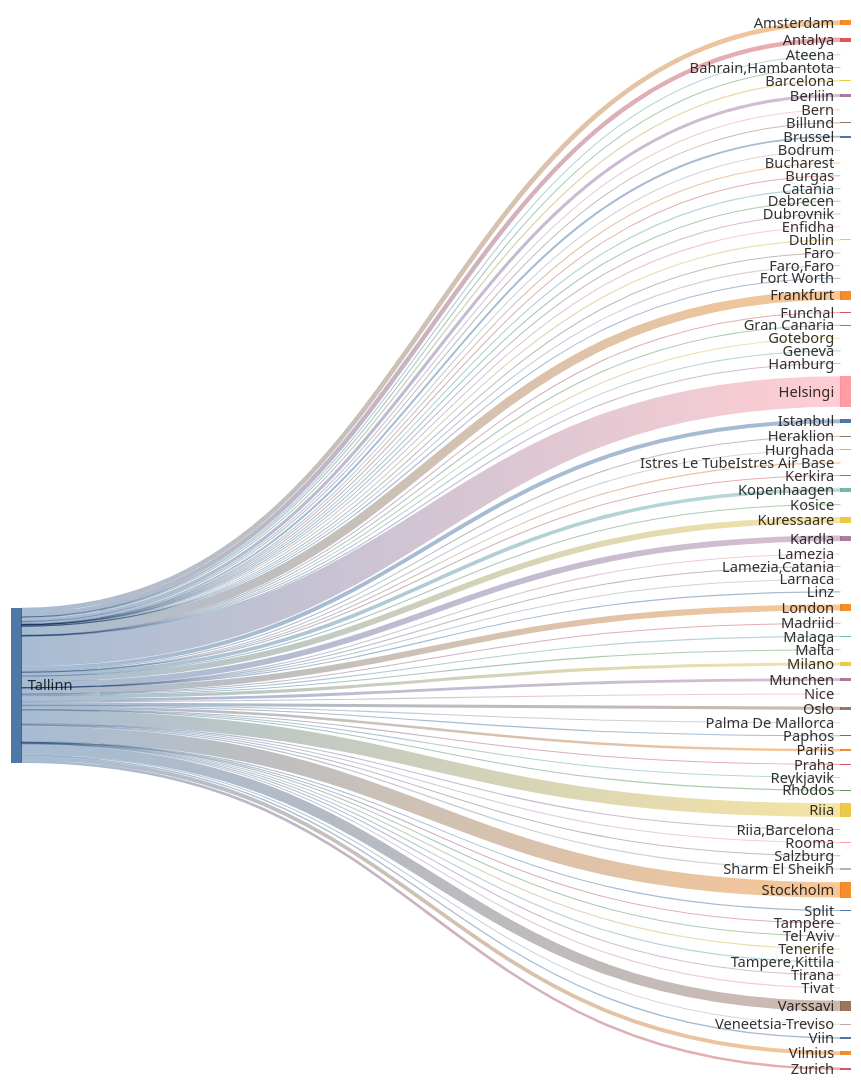
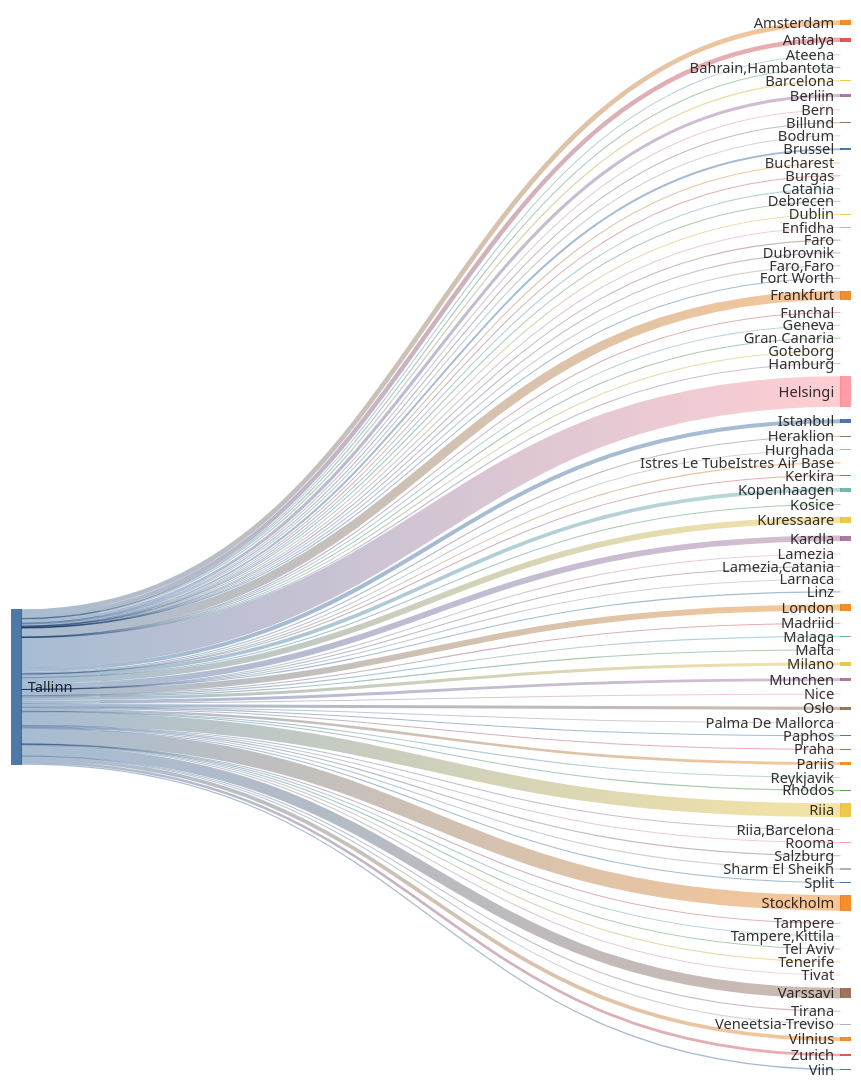
One commit to rainermesi/tll-airport-departures changed the second of 2 diagrams in README.md. Above: the diagram before and after it, drawn with Mermaid. The commit also changed other lines of this file and 1 other file, not shown here.

````diff
--- a/README.md
+++ b/README.md
@@ -41,8 +41,8 @@
 ---
 sankey-beta
 %% source,target,value
-Tallinn,Amsterdam,391
-Tallinn,Antalya,373
+Tallinn,Amsterdam,393
+Tallinn,Antalya,374
 Tallinn,Ateena,16
 Tallinn,"Bahrain,Hambantota",1
 Tallinn,Barcelona,109
@@ -55,64 +55,64 @@
 Tallinn,Burgas,39
 Tallinn,Catania,2
 Tallinn,Debrecen,1
-Tallinn,Dublin,81
+Tallinn,Dublin,82
 Tallinn,Dubrovnik,21
 Tallinn,Enfidha,7
 Tallinn,Faro,4
 Tallinn,"Faro,Faro",1
 Tallinn,Fort Worth,1
-Tallinn,Frankfurt,744
+Tallinn,Frankfurt,747
 Tallinn,Funchal,5
 Tallinn,Geneva,13
 Tallinn,Gran Canaria,38
 Tallinn,Goteborg,1
 Tallinn,Hamburg,2
-Tallinn,Helsingi,2521
+Tallinn,Helsingi,2531
 Tallinn,Heraklion,74
 Tallinn,Hurghada,75
-Tallinn,Istanbul,333
+Tallinn,Istanbul,334
 Tallinn,Istres Le TubeIstres Air Base,2
 Tallinn,Kerkira,4
-Tallinn,Kopenhaagen,308
+Tallinn,Kopenhaagen,310
 Tallinn,Kosice,1
-Tallinn,Kuressaare,483
-Tallinn,Kardla,483
+Tallinn,Kuressaare,485
+Tallinn,Kardla,485
 Tallinn,Lamezia,1
 Tallinn,"Lamezia,Catania",3
 Tallinn,Larnaca,4
 Tallinn,Linz,2
-Tallinn,London,505
+Tallinn,London,507
 Tallinn,Madriid,1
-Tallinn,Malaga,99
+Tallinn,Malaga,100
 Tallinn,Malta,22
 Tallinn,Milano,259
-Tallinn,Munchen,242
+Tallinn,Munchen,243
 Tallinn,Nice,39
-Tallinn,Oslo,260
+Tallinn,Oslo,261
 Tallinn,Palma De Mallorca,26
 Tallinn,Paphos,66
-Tallinn,Pariis,211
+Tallinn,Pariis,212
 Tallinn,Praha,66
 Tallinn,Reykjavik,7
 Tallinn,Rhodos,46
-Tallinn,Riia,1133
+Tallinn,Riia,1138
 Tallinn,"Riia,Barcelona",1
 Tallinn,Rooma,80
 Tallinn,Salzburg,14
 Tallinn,Sharm El Sheikh,97
 Tallinn,Split,39
-Tallinn,Stockholm,1267
+Tallinn,Stockholm,1271
 Tallinn,Tampere,17
 Tallinn,"Tampere,Kittila",21
 Tallinn,Tel Aviv,1
 Tallinn,Tenerife,58
 Tallinn,Tirana,20
-Tallinn,Tivat,46
-Tallinn,Varssavi,870
+Tallinn,Tivat,47
+Tallinn,Varssavi,873
 Tallinn,Veneetsia-Treviso,67
 Tallinn,Viin,106
-Tallinn,Vilnius,312
-Tallinn,Zurich,217
+Tallinn,Vilnius,314
+Tallinn,Zurich,218
 
 
 ```
````
